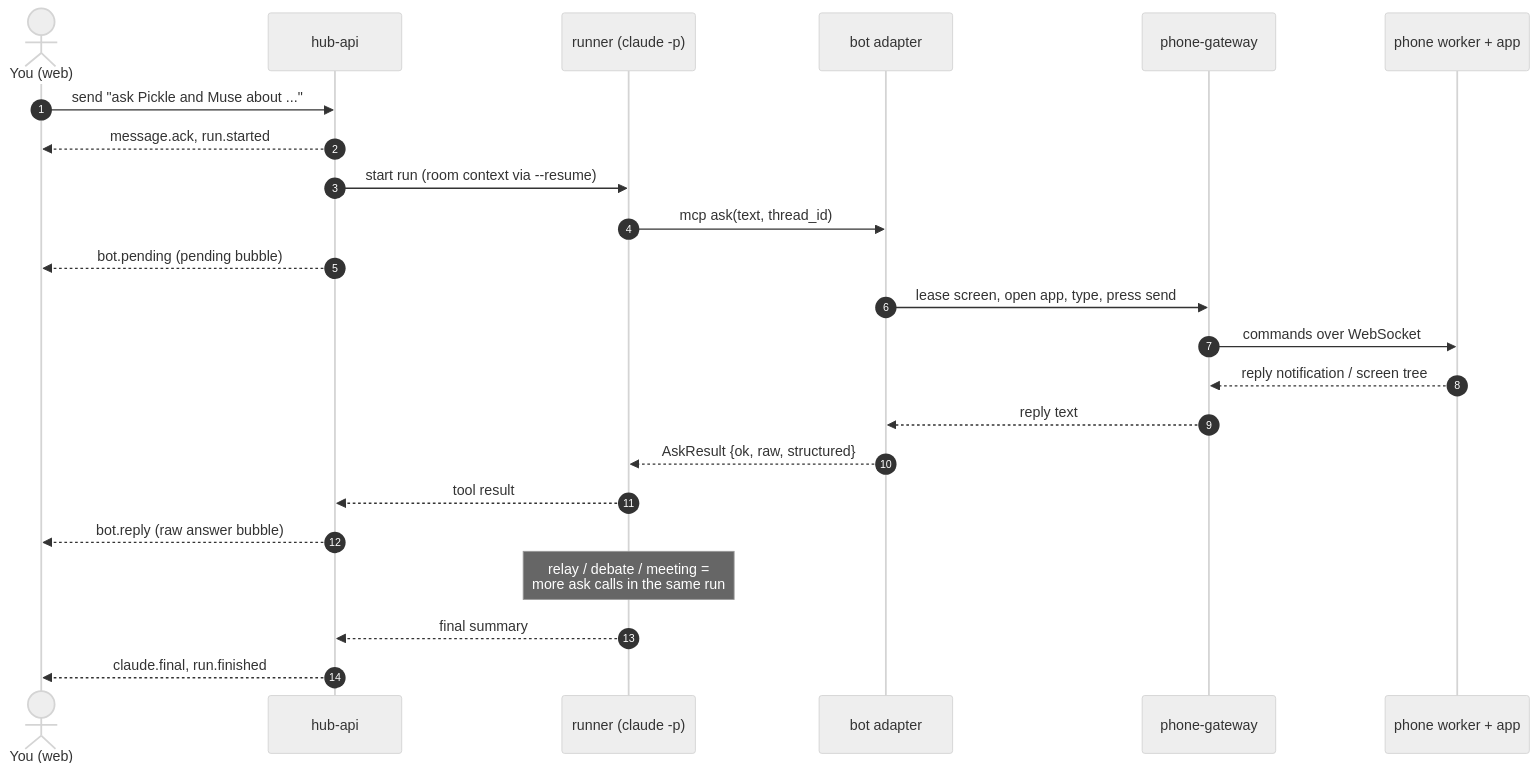
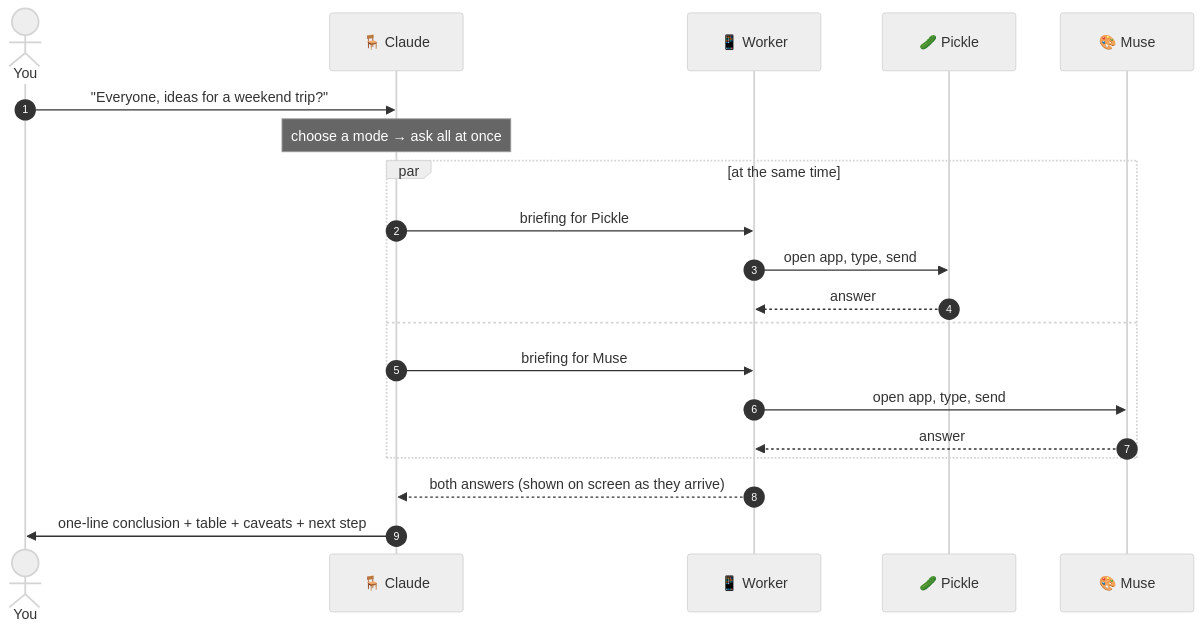
The second of 7 diagrams in README.md (bluelikeness/roundtable-agent), drawn with Mermaid (neutral theme) before and after one commit. The commit also changed other lines of this file and 56 other files, not shown here.

````diff
--- a/README.md
+++ b/README.md
@@ -60,25 +73,22 @@
 ```mermaid
 sequenceDiagram
   autonumber
-  actor U as You (web)
-  participant H as hub-api
-  participant R as runner (claude -p)
-  participant A as bot adapter
-  participant G as phone-gateway
-  participant P as phone worker + app
-  U->>H: send "ask Pickle and Muse about ..."
-  H-->>U: message.ack, run.started
-  H->>R: start run (room context via --resume)
-  R->>A: mcp ask(text, thread_id)
-  H-->>U: bot.pending (pending bubble)
-  A->>G: lease screen, open app, type, press send
-  G->>P: commands over WebSocket
-  P-->>G: reply notification / screen tree
-  G-->>A: reply text
-  A-->>R: AskResult {ok, raw, structured}
-  R-->>H: tool result
-  H-->>U: bot.reply (raw answer bubble)
-  Note over R: relay / debate / meeting =<br/>more ask calls in the same run
-  R-->>H: final summary
-  H-->>U: claude.final, run.finished
+  actor You
+  participant C as 🪑 Claude
+  participant W as 📱 Worker
+  participant P as 🥒 Pickle
+  participant M as 🎨 Muse
+  You->>C: "Everyone, ideas for a weekend trip?"
+  Note over C: choose a mode → ask all at once
+  par at the same time
+    C->>W: briefing for Pickle
+    W->>P: open app, type, send
+    P-->>W: answer
+  and
+    C->>W: briefing for Muse
+    W->>M: open app, type, send
+    M-->>W: answer
+  end
+  W-->>C: both answers (shown on screen as they arrive)
+  C->>You: one-line conclusion + table + caveats + next step
 ```
````
